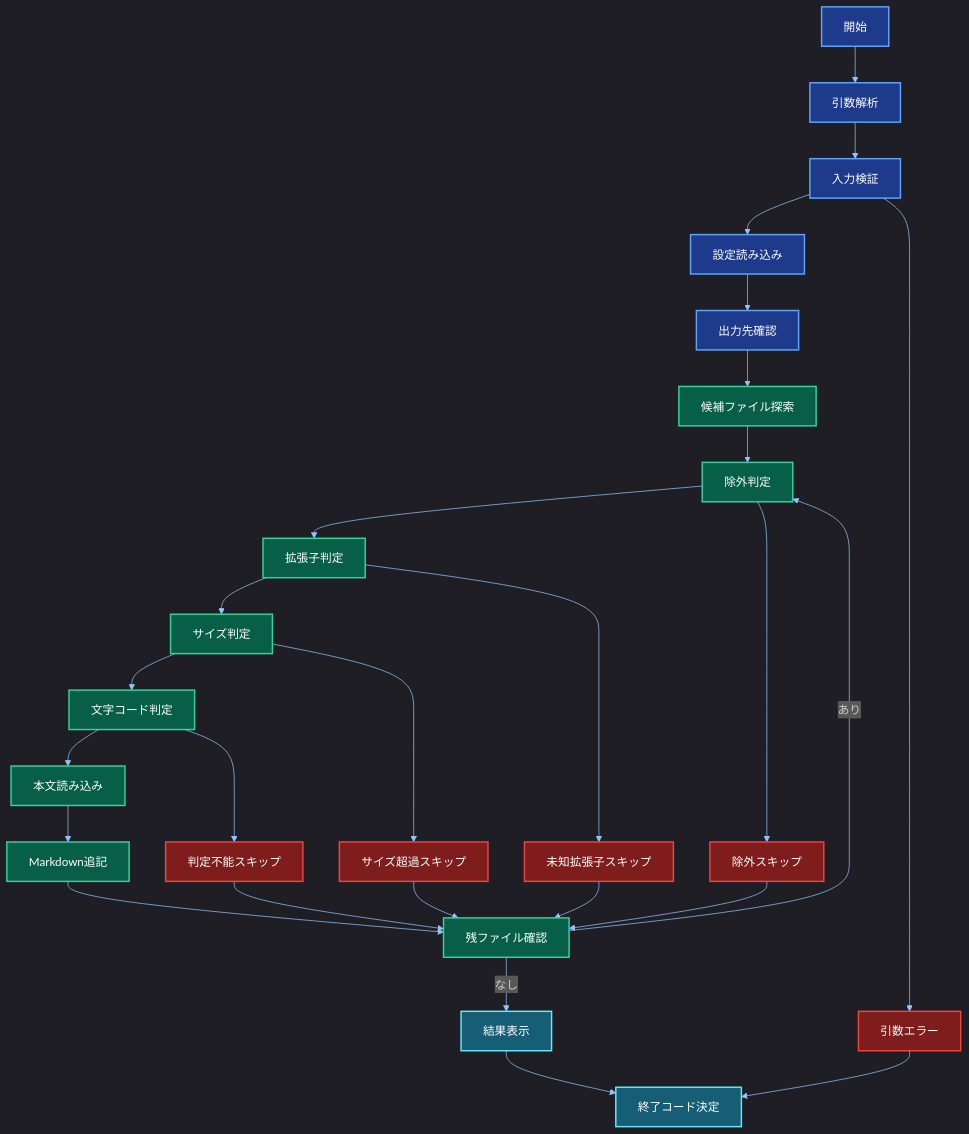
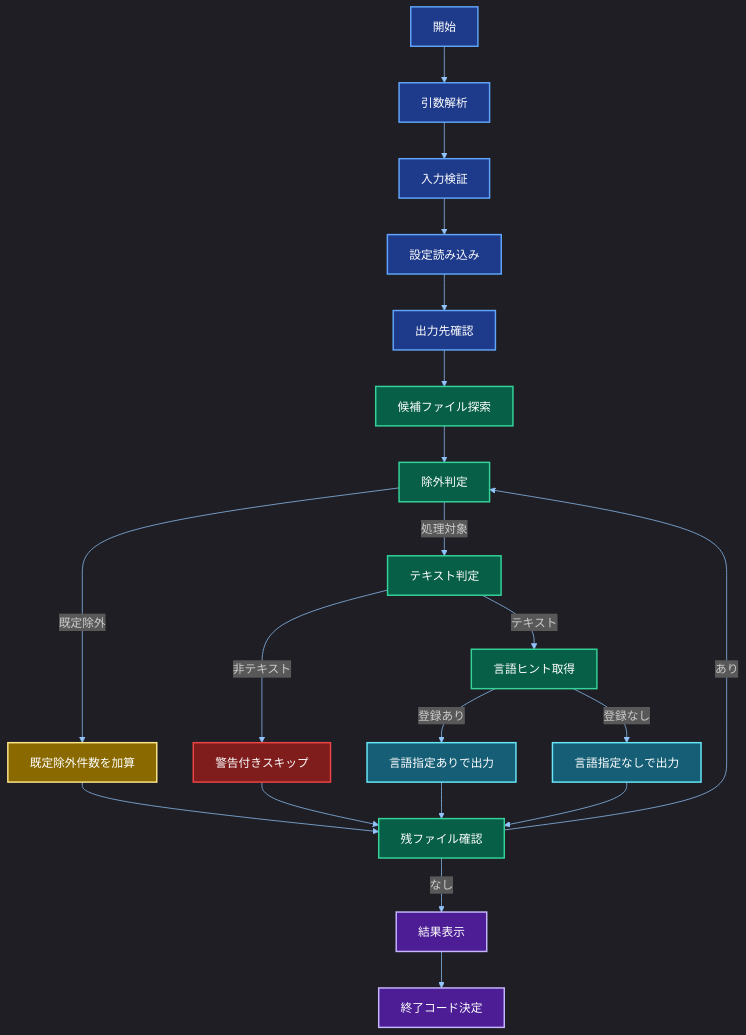
One commit to SKAsApp/source-to-markdown changed the second of 4 diagrams in document/02_基本設計書.md. Above: the diagram before and after it, drawn with Mermaid. The commit also changed other lines of this file and 17 other files, not shown here.

````diff
--- a/document/02_基本設計書.md
+++ b/document/02_基本設計書.md
@@ -156,60 +173,54 @@
 ```mermaid
 %%{
 	init:
 	{
 		"theme": "dark",
 		"themeVariables":
 		{
 			"primaryColor":"#0b1220",
 			"primaryTextColor":"#e5e7eb",
 			"primaryBorderColor":"#60a5fa",
 			"lineColor":"#93c5fd",
 			"secondaryColor":"#111827",
 			"tertiaryColor":"#0f172a",
 			"fontFamily": "\"Hiragino Kaku Gothic ProN\", \"YuGothic\", \"Yu Gothic\", sans-serif"
 		}
 	}
 }%%
 flowchart TB
 	A["開始"] --> B["引数解析"]
 	B --> C["入力検証"]
 	C --> D["設定読み込み"]
 	D --> E["出力先確認"]
 	E --> F["候補ファイル探索"]
 	F --> G["除外判定"]
-	G --> H["拡張子判定"]
-	H --> I["サイズ判定"]
-	I --> J["文字コード判定"]
-	J --> K["本文読み込み"]
-	K --> L["Markdown追記"]
-	L --> M["残ファイル確認"]
-	M -- "あり" --> G
-	M -- "なし" --> N["結果表示"]
-	N --> O["終了コード決定"]
-	C --> P["引数エラー"]
-	G --> Q["除外スキップ"]
-	H --> R["未知拡張子スキップ"]
-	I --> S["サイズ超過スキップ"]
-	J --> T["判定不能スキップ"]
-	P --> O
-	Q --> M
-	R --> M
-	S --> M
-	T --> M
-
+	G -- "既定除外" --> H["既定除外件数を加算"]
+	G -- "処理対象" --> I["テキスト判定"]
+	I -- "非テキスト" --> J["警告付きスキップ"]
+	I -- "テキスト" --> K["言語ヒント取得"]
+	K -- "登録あり" --> L["言語指定ありで出力"]
+	K -- "登録なし" --> M["言語指定なしで出力"]
+	H --> N["残ファイル確認"]
+	J --> N
+	L --> N
+	M --> N
+	N -- "あり" --> G
+	N -- "なし" --> O["結果表示"]
+	O --> P["終了コード決定"]
 	classDef subgraph_box_blue fill:#1f2937,stroke:#64748b,color:#e5e7eb;
 	classDef subgraph_box_green fill:#0f1f1a,stroke:#7a8f86,color:#e5e7eb;
 	classDef subgraph_box_red fill:#2a1222,stroke:#9b7a8c,color:#e5e7eb;
 	classDef blue fill:#1e3a8a,stroke:#60a5fa,color:#ffffff,stroke-width:2px;
 	classDef green fill:#065f46,stroke:#34d399,color:#ffffff,stroke-width:2px;
 	classDef yellow fill:#8a6a00,stroke:#fde68a,color:#ffffff,stroke-width:2px;
 	classDef red fill:#7f1d1d,stroke:#ef4444,color:#ffffff,stroke-width:2px;
 	classDef purple fill:#4c1d95,stroke:#c4b5fd,color:#ffffff,stroke-width:2px;
 	classDef cyan fill:#155e75,stroke:#67e8f9,color:#ffffff,stroke-width:2px;
 	classDef pink fill:#a41b66,stroke:#f9a8d4,color:#ffffff,stroke-width:2px;
-
 	class A,B,C,D,E blue;
-	class F,G,H,I,J,K,L,M green;
-	class N,O cyan;
-	class P,Q,R,S,T red;
+	class F,G,I,K,N green;
+	class H yellow;
+	class J red;
+	class L,M cyan;
+	class O,P purple;
 ```
````
